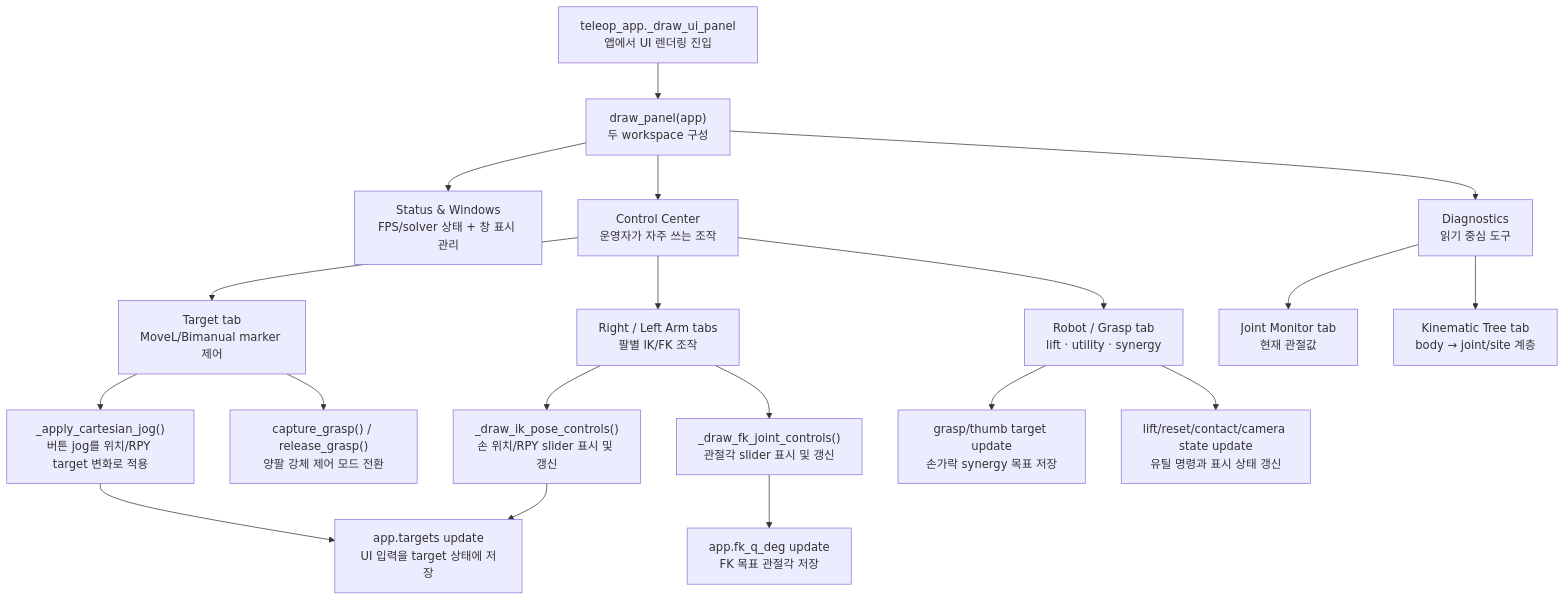
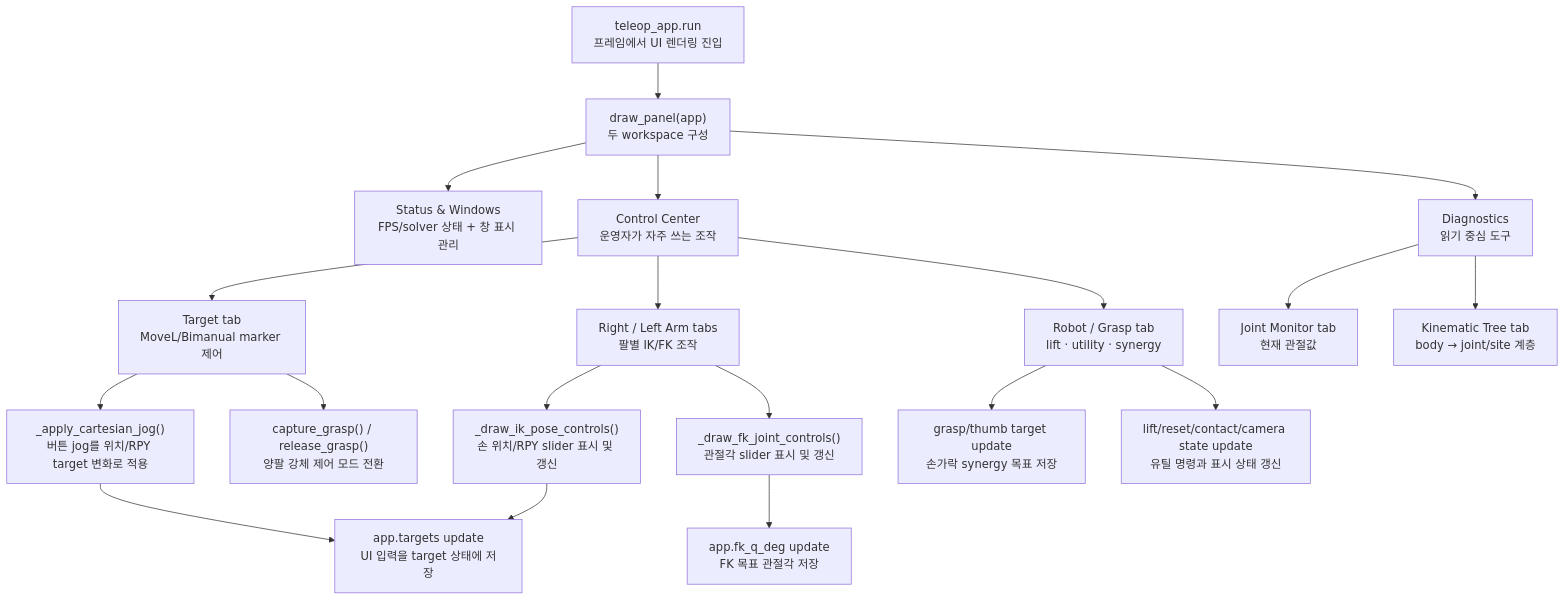
One commit to Geonhee-LEE/aiworker-mj-lab changed the diagram in docs/guide/teleop_ui.md. Above: the diagram before and after it, drawn with Mermaid. The commit also changed other lines of this file and 25 other files, not shown here.

````diff
--- a/docs/guide/teleop_ui.md
+++ b/docs/guide/teleop_ui.md
@@ -60,22 +59,22 @@
 ```mermaid
 flowchart TD
-    A["teleop_app._draw_ui_panel<br>앱에서 UI 렌더링 진입"] --> B["draw_panel(app)<br>두 workspace 구성"]
+    A["teleop_app.run<br>프레임에서 UI 렌더링 진입"] --> B["draw_panel(app)<br>두 workspace 구성"]
     B --> C["Status & Windows<br>FPS/solver 상태 + 창 표시 관리"]
     B --> W["Control Center<br>운영자가 자주 쓰는 조작"]
     W --> D["Target tab<br>MoveL/Bimanual marker 제어"]
     W --> E["Right / Left Arm tabs<br>팔별 IK/FK 조작"]
     W --> F["Robot / Grasp tab<br>lift · utility · synergy"]
     B --> X["Diagnostics<br>읽기 중심 도구"]
     X --> G["Joint Monitor tab<br>현재 관절값"]
     X --> H["Kinematic Tree tab<br>body → joint/site 계층"]
 
     D --> I["_apply_cartesian_jog()<br>버튼 jog를 위치/RPY target 변화로 적용"]
     I --> J["app.targets update<br>UI 입력을 target 상태에 저장"]
     D --> K["capture_grasp() / release_grasp()<br>양팔 강체 제어 모드 전환"]
     E --> L["_draw_ik_pose_controls()<br>손 위치/RPY slider 표시 및 갱신"]
     E --> M["_draw_fk_joint_controls()<br>관절각 slider 표시 및 갱신"]
     L --> J
     M --> N["app.fk_q_deg update<br>FK 목표 관절각 저장"]
     F --> O["grasp/thumb target update<br>손가락 synergy 목표 저장"]
     F --> P["lift/reset/contact/camera state update<br>유틸 명령과 표시 상태 갱신"]
 ```
````
